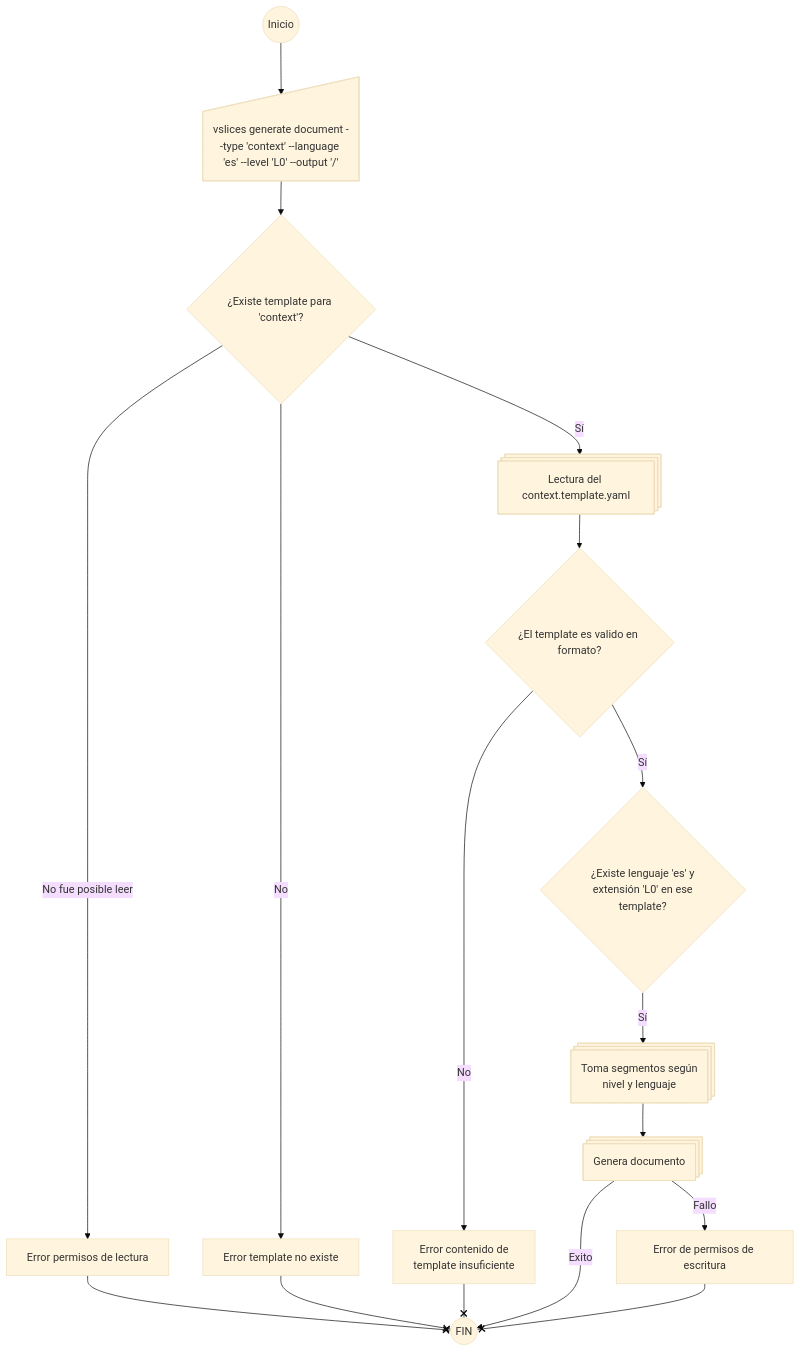
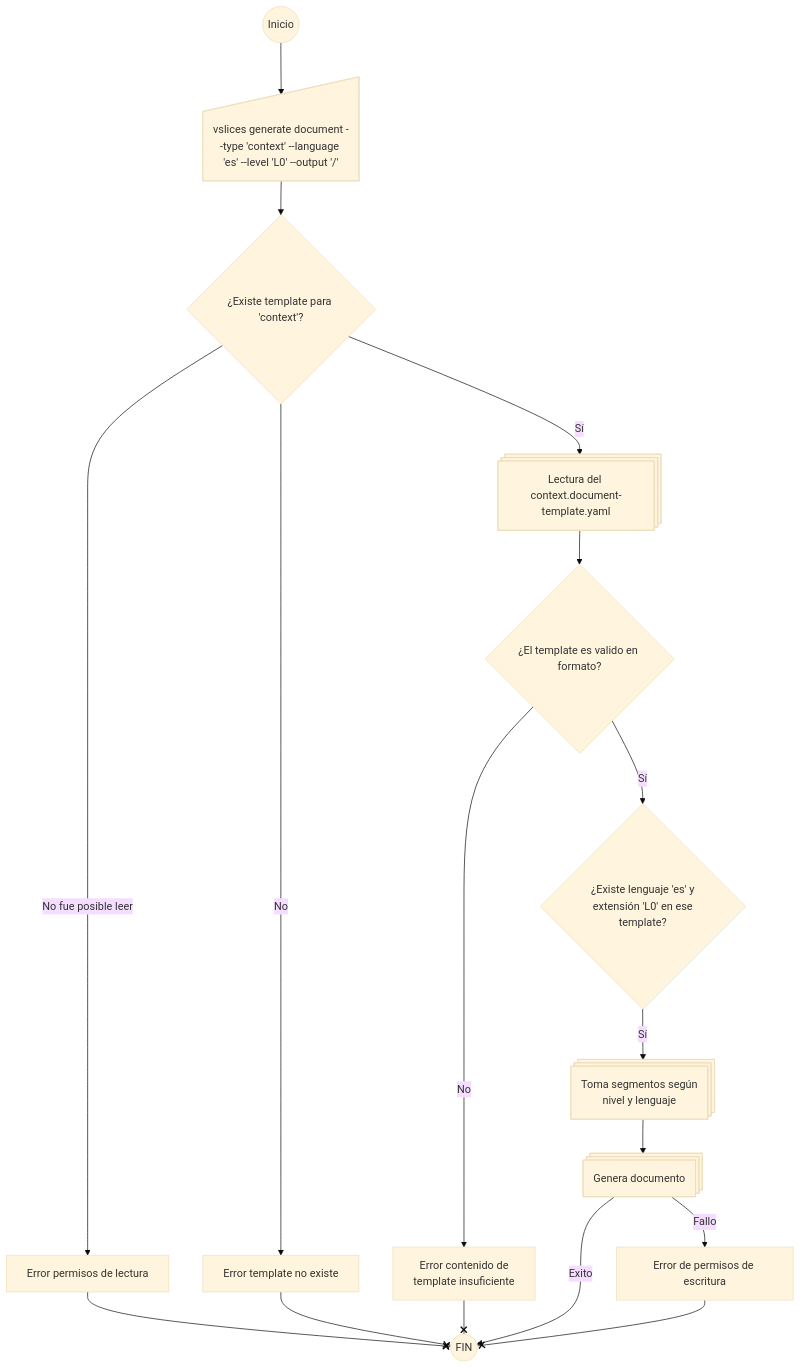
Before and after one commit to vslices/tooling: the diagram in docs/iteration 1/planning/flow.use-case.template-generation.md, drawn with Mermaid (base theme). The commit also changed other lines of this file and 2 other files, not shown here.

````diff
--- a/docs/iteration 1/planning/flow.use-case.template-generation.md
+++ b/docs/iteration 1/planning/flow.use-case.template-generation.md
@@ -52,33 +52,33 @@
 ```mermaid
 flowchart TB
   IN((Inicio)) 
   INPUT@{ shape: manual-input, label: "vslices generate document --type 'context' --language 'es' --level 'L0' --output '/'"}
   VERIF1@{ shape: diamond, label: "¿Existe template para 'context'?"}
-  PROC1@{ shape: procs, label: "Lectura del context.template.yaml" }
+  PROC1@{ shape: procs, label: "Lectura del context.document-template.yaml" }
   
   VERIF2@{ shape: diamond, label: "¿El template es valido en formato?"}
   VERIF3@{ shape: diamond, label: "¿Existe lenguaje 'es' y<br/> extensión 'L0' en ese template?"}
   PROC2@{ shape: procs, label: "Toma segmentos según<br/>nivel y lenguaje" }
   PROC3@{ shape: procs, label: "Genera documento" }
 
   FI((FIN))
 
   EPL[Error permisos de lectura]
   ETN[Error template no existe]
   ECTI[Error contenido de <br/>template insuficiente]
   EPE[Error de permisos de escritura]
 
   IN--> INPUT --> VERIF1
   VERIF1 -- Sí --> PROC1
   VERIF1 -- No fue posible leer --> EPL --x FI
   VERIF1 -- No --> ETN --x FI
 
   PROC1 --> VERIF2
   VERIF2 -- Sí --> VERIF3
   VERIF2 -- No --> ECTI --x FI
   
   VERIF3 -- Sí --> PROC2 --> PROC3
   PROC3 -- Exito --> FI
   PROC3 -- Fallo --> EPE --x FI
 
 ```
````
